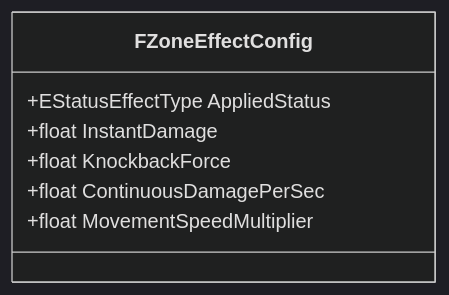
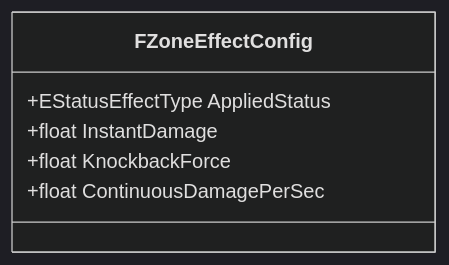
Before and after one commit to MoistAbes/DungeonCrawler: the second of 2 diagrams in .context/specs/STATUS_ZONE_SPECIFICATION.md, drawn with Mermaid (dark theme). The commit also changed other lines of this file and 2 other files, not shown here.

````diff
--- a/.context/specs/STATUS_ZONE_SPECIFICATION.md
+++ b/.context/specs/STATUS_ZONE_SPECIFICATION.md
@@ -114,10 +177,9 @@
 ```mermaid
 classDiagram
     class FZoneEffectConfig {
         +EStatusEffectType AppliedStatus
         +float InstantDamage
         +float KnockbackForce
         +float ContinuousDamagePerSec
-        +float MovementSpeedMultiplier
     }
 ```
````
